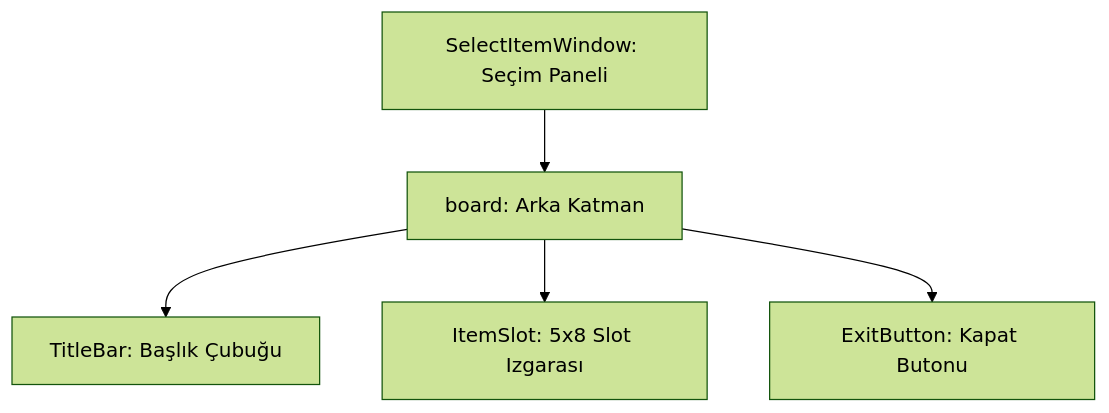
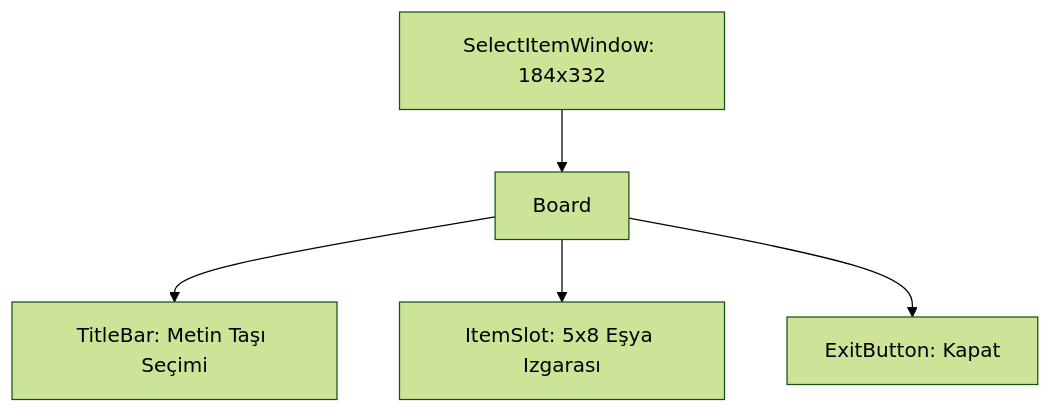
The diagram in uiscript/selectitemwindow/skills.md (Engin622/Metin2-Pack-Agent-Skills), drawn with Mermaid (forest theme) before and after one commit. The commit also changed other lines of this file and 65 other files, not shown here.

````diff
--- a/uiscript/selectitemwindow/skills.md
+++ b/uiscript/selectitemwindow/skills.md
@@ -33,7 +23,7 @@
 ```mermaid
 graph TD
-    A[SelectItemWindow: Seçim Paneli] --> B[board: Arka Katman]
-    B --> C[TitleBar: Başlık Çubuğu]
-    B --> D[ItemSlot: 5x8 Slot Izgarası]
-    B --> E[ExitButton: Kapat Butonu]
+    A[SelectItemWindow: 184x332] --> B[Board]
+    B --> C[TitleBar: Metin Taşı Seçimi]
+    B --> D[ItemSlot: 5x8 Eşya Izgarası]
+    B --> E[ExitButton: Kapat]
 ```
````
